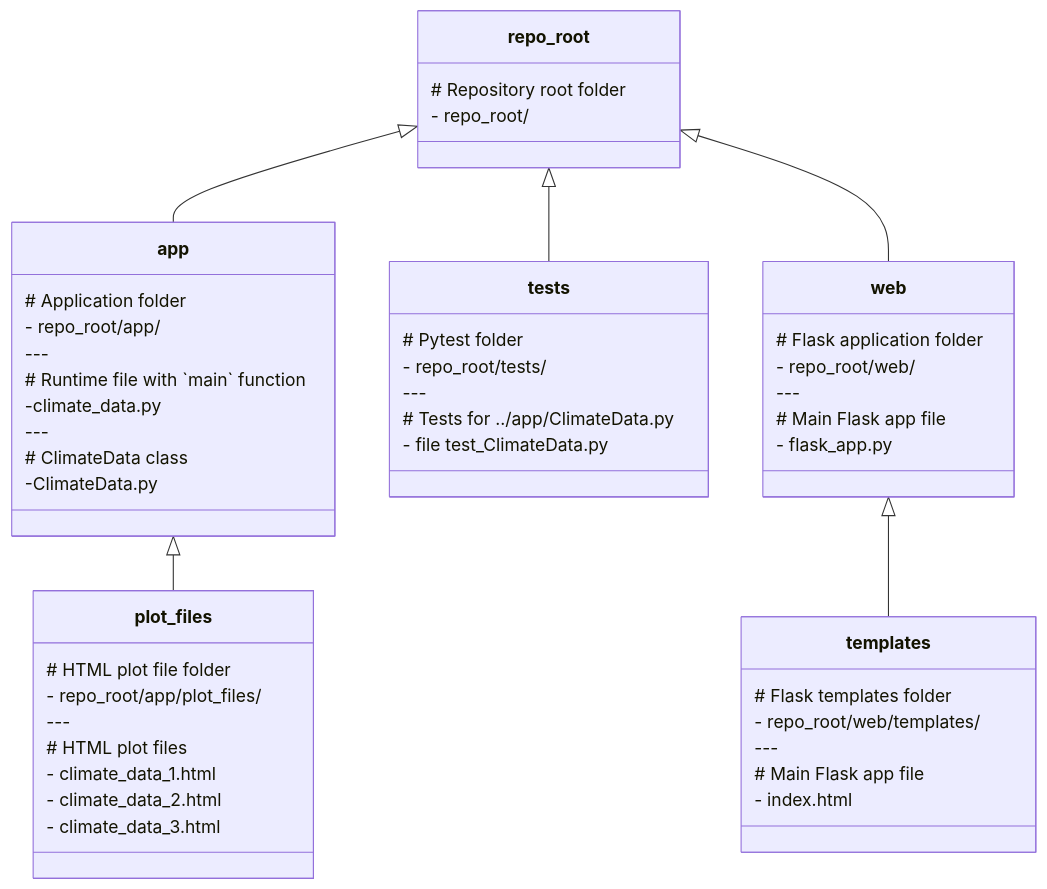
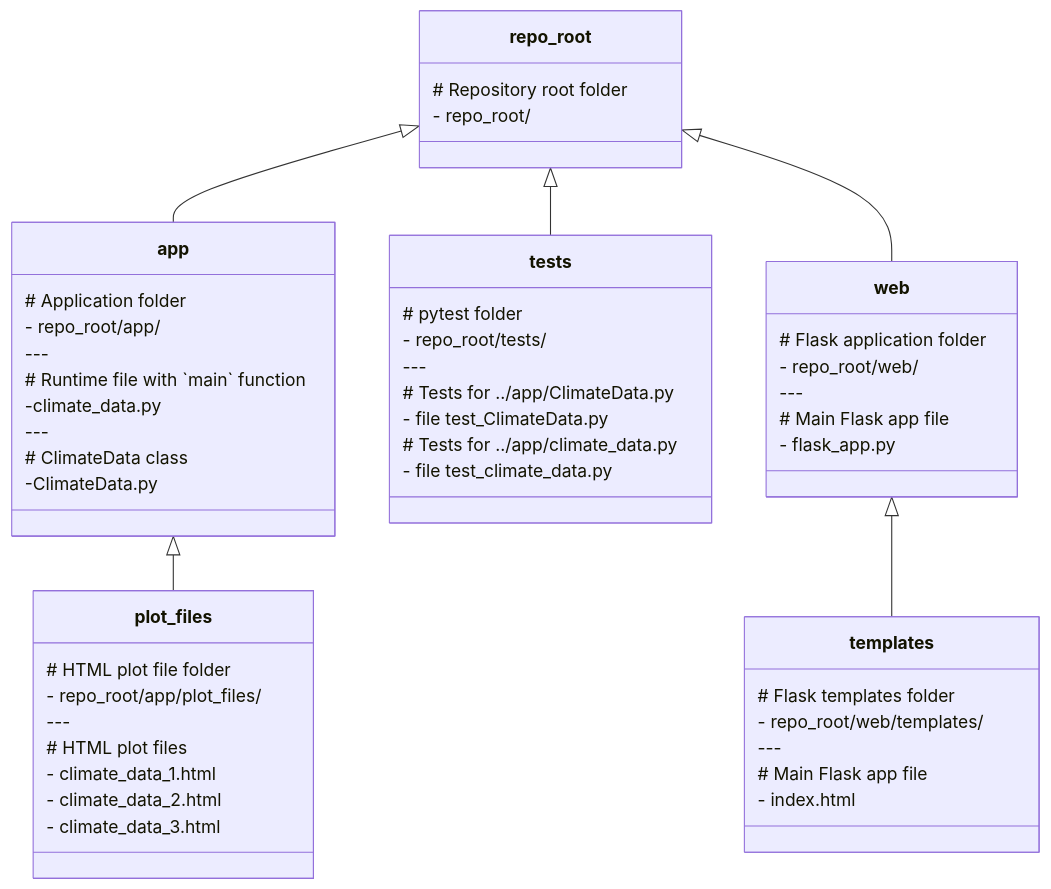
The diagram in README.md (timothyhull/climate-data-plotly), drawn with Mermaid before and after one commit.

Commit message:
Add test_climate_data file reference

````diff
--- a/README.md
+++ b/README.md
@@ -16,52 +16,55 @@
 ```mermaid
 classDiagram
     repo_root <|-- app
     repo_root <|-- tests
     repo_root <|-- web
     app <|-- plot_files
     web <|-- templates
     class repo_root{
         # Repository root folder
         - repo_root/
     }
     class app{
         # Application folder
         - repo_root/app/
         ---
         # Runtime file with `main` function
         -climate_data.py
         ---
         # ClimateData class
         -ClimateData.py
     }
     class plot_files{
         # HTML plot file folder
         - repo_root/app/plot_files/
         ---
         # HTML plot files
         - climate_data_1.html
         - climate_data_2.html
         - climate_data_3.html
     }
     class tests{
-         # Pytest folder
+         # pytest folder
          - repo_root/tests/
          ---
          # Tests for ../app/ClimateData.py
          - file test_ClimateData.py
+
+         # Tests for ../app/climate_data.py
+         - file test_climate_data.py
     }
     class web{
         # Flask application folder
         - repo_root/web/
         ---
         # Main Flask app file
         - flask_app.py
     }
     class templates{
         # Flask templates folder
         - repo_root/web/templates/
         ---
         # Main Flask app file
         - index.html
     }
 ```
````
